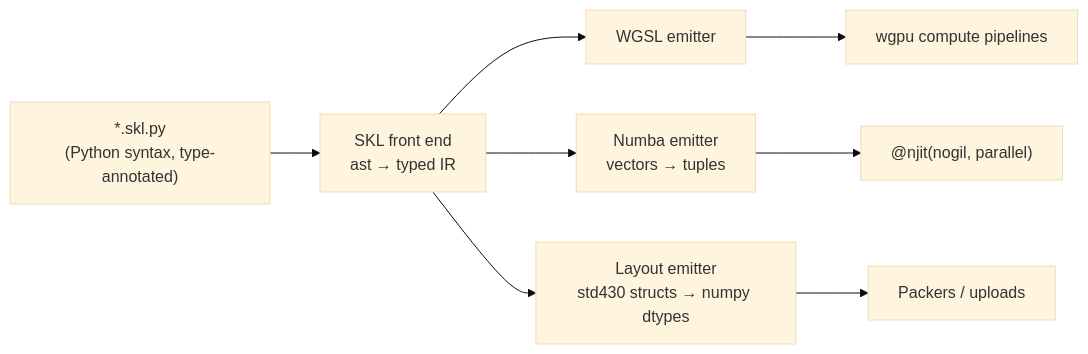
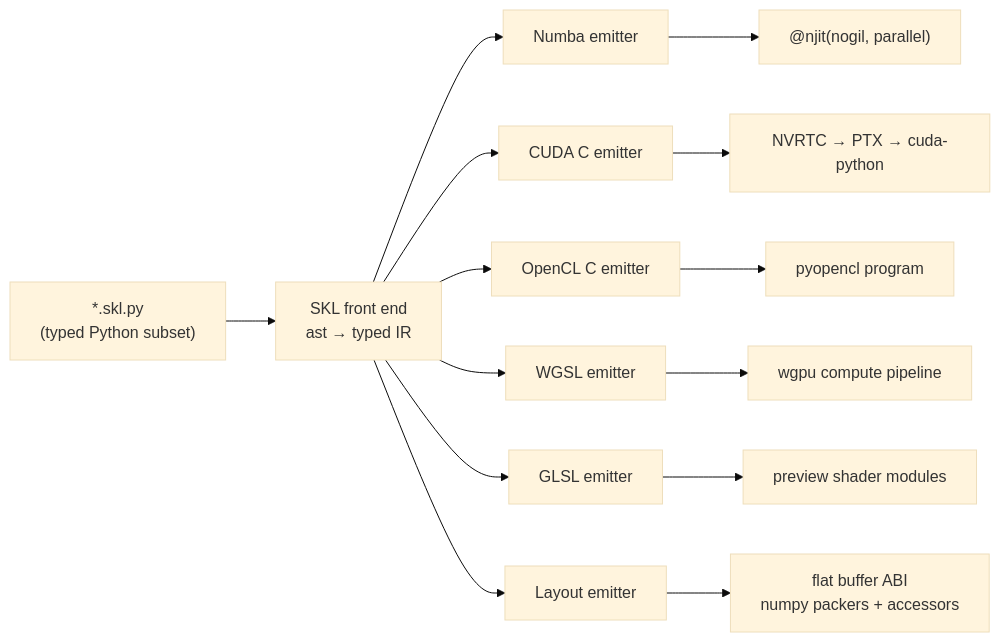
One commit to who8mypnuts/Structura changed the diagram in docs/11-compute-backends.md. Above: the diagram before and after it, drawn with Mermaid (base theme). The commit also changed other lines of this file and 615 other files, not shown here.

````diff
--- a/docs/11-compute-backends.md
+++ b/docs/11-compute-backends.md
@@ -20,7 +23,10 @@
 ```mermaid
 flowchart LR
-  SRC["*.skl.py<br/>(Python syntax, type-annotated)"] --> FE[SKL front end<br/>ast → typed IR]
-  FE --> W[WGSL emitter] --> GPU[wgpu compute pipelines]
-  FE --> N[Numba emitter<br/>vectors → tuples] --> CPU["@njit(nogil, parallel)"]
-  FE --> L[Layout emitter<br/>std430 structs → numpy dtypes] --> PACK[Packers / uploads]
+  SRC["*.skl.py<br/>(typed Python subset)"] --> FE["SKL front end<br/>ast → typed IR"]
+  FE --> EN["Numba emitter"] --> CPU["@njit(nogil, parallel)"]
+  FE --> EC["CUDA C emitter"] --> CU["NVRTC → PTX → cuda-python"]
+  FE --> EO["OpenCL C emitter"] --> CL["pyopencl program"]
+  FE --> EW["WGSL emitter"] --> WG["wgpu compute pipeline"]
+  FE --> EG["GLSL emitter"] --> GL["preview shader modules"]
+  FE --> EL["Layout emitter"] --> ABI["flat buffer ABI<br/>numpy packers + accessors"]
 ```
````
